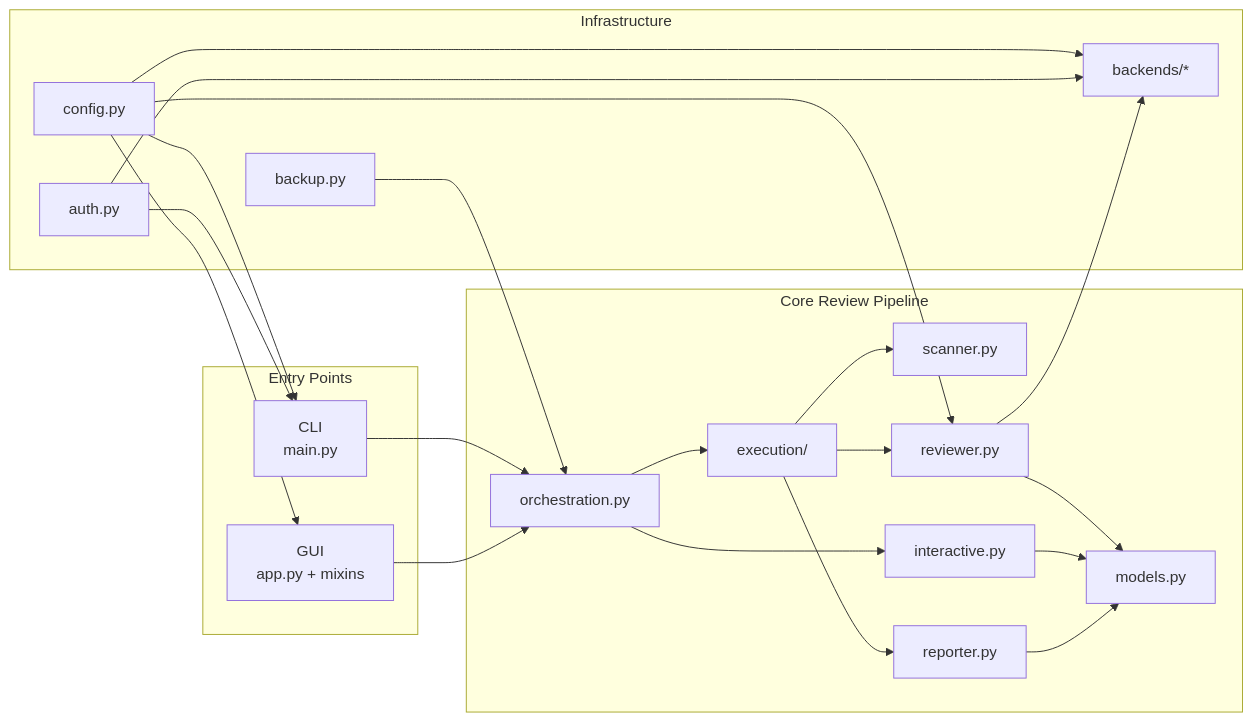
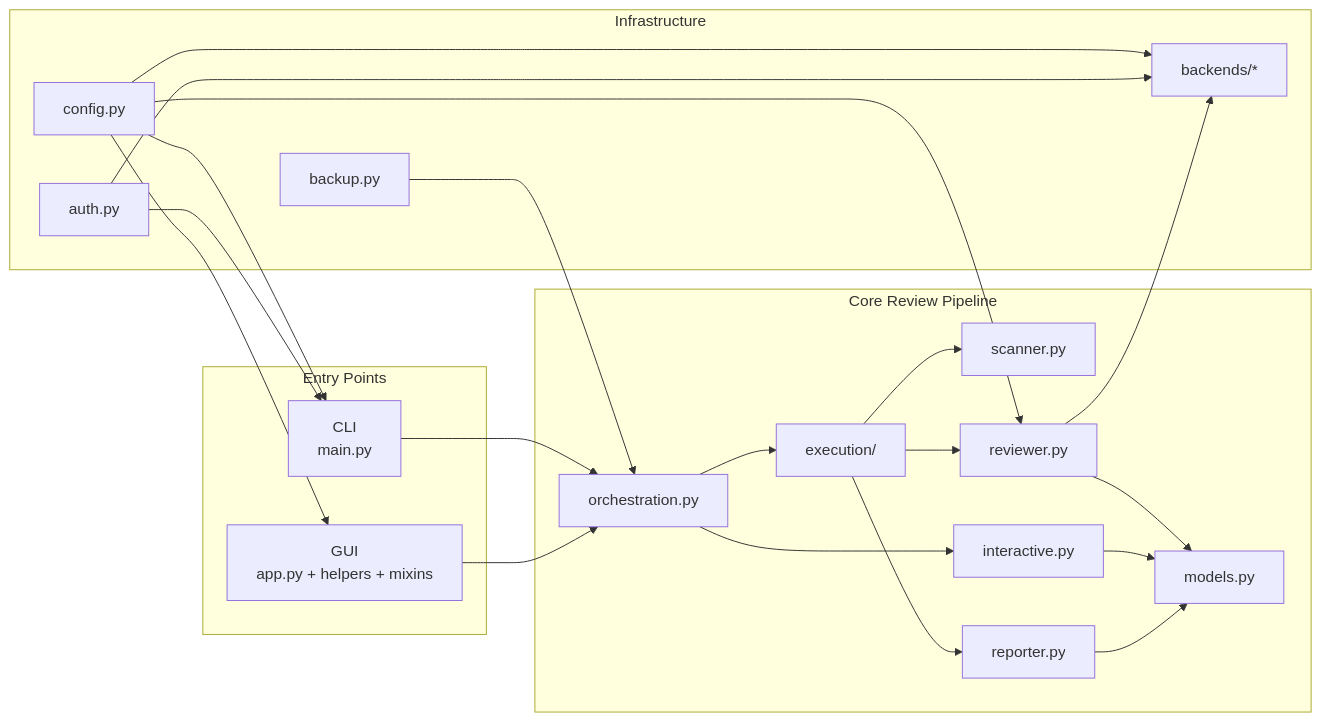
Before and after one commit to gallaway-jp/AICodeReviewer: the second of 5 diagrams in docs/architecture.md, drawn with Mermaid. The commit also changed other lines of this file and 7 other files, not shown here.

````diff
--- a/docs/architecture.md
+++ b/docs/architecture.md
@@ -41,43 +41,43 @@
 ```mermaid
 flowchart LR
 	subgraph Entry[Entry Points]
 		CLI[CLI\nmain.py]
-		GUI[GUI\napp.py + mixins]
+		GUI[GUI\napp.py + helpers + mixins]
 	end
 
 	subgraph Core[Core Review Pipeline]
 		SCAN[scanner.py]
 		ORCH[orchestration.py]
 		EXEC[execution/]
 		REVIEW[reviewer.py]
 		INTERACTIVE[interactive.py]
 		REPORT[reporter.py]
 		MODELS[models.py]
 	end
 
 	subgraph Infra[Infrastructure]
 		CONFIG[config.py]
 		BACKENDS[backends/*]
 		AUTH[auth.py]
 		BACKUP[backup.py]
 	end
 
 	CLI --> ORCH
 	GUI --> ORCH
 	ORCH --> EXEC
 	EXEC --> SCAN
 	EXEC --> REVIEW
 	REVIEW --> BACKENDS
 	REVIEW --> MODELS
 	INTERACTIVE --> MODELS
 	ORCH --> INTERACTIVE
 	EXEC --> REPORT
 	REPORT --> MODELS
 	CONFIG --> CLI
 	CONFIG --> GUI
 	CONFIG --> BACKENDS
 	CONFIG --> REVIEW
 	AUTH --> CLI
 	AUTH --> BACKENDS
 	BACKUP --> ORCH
 ```
````
